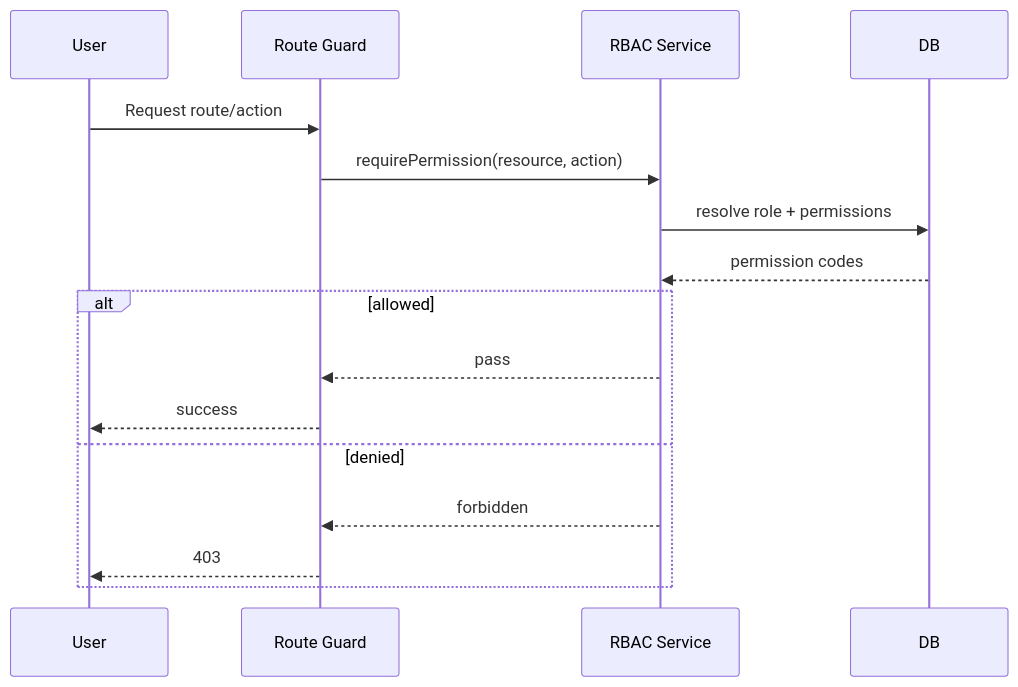
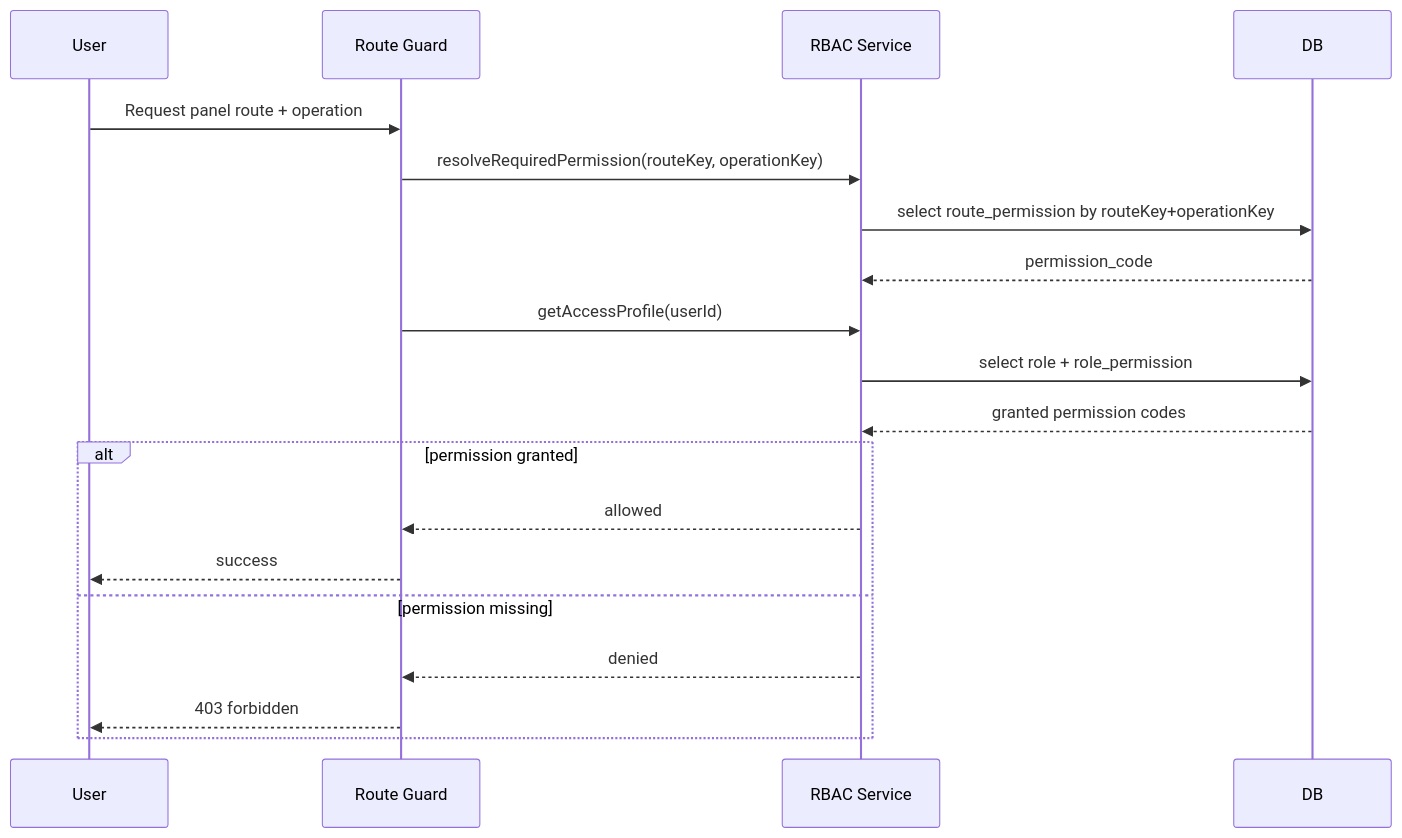
One commit to lutfiangga/nuwaira-web changed the diagram in docs/design-system-uml/sequence-rbac-authorization.md. Above: the diagram before and after it, drawn with Mermaid. The commit also changed 183 other files, not shown here.

````diff
--- a/docs/design-system-uml/sequence-rbac-authorization.md
+++ b/docs/design-system-uml/sequence-rbac-authorization.md
@@ -3,19 +3,22 @@
 ```mermaid
 sequenceDiagram
   participant U as User
-  participant R as Route Guard
+  participant G as Route Guard
   participant S as RBAC Service
   participant D as DB
 
-  U->>R: Request route/action
-  R->>S: requirePermission(resource, action)
-  S->>D: resolve role + permissions
-  D-->>S: permission codes
-  alt allowed
-    S-->>R: pass
-    R-->>U: success
-  else denied
-    S-->>R: forbidden
-    R-->>U: 403
+  U->>G: Request panel route + operation
+  G->>S: resolveRequiredPermission(routeKey, operationKey)
+  S->>D: select route_permission by routeKey+operationKey
+  D-->>S: permission_code
+  G->>S: getAccessProfile(userId)
+  S->>D: select role + role_permission
+  D-->>S: granted permission codes
+  alt permission granted
+    S-->>G: allowed
+    G-->>U: success
+  else permission missing
+    S-->>G: denied
+    G-->>U: 403 forbidden
   end
 ```
````
